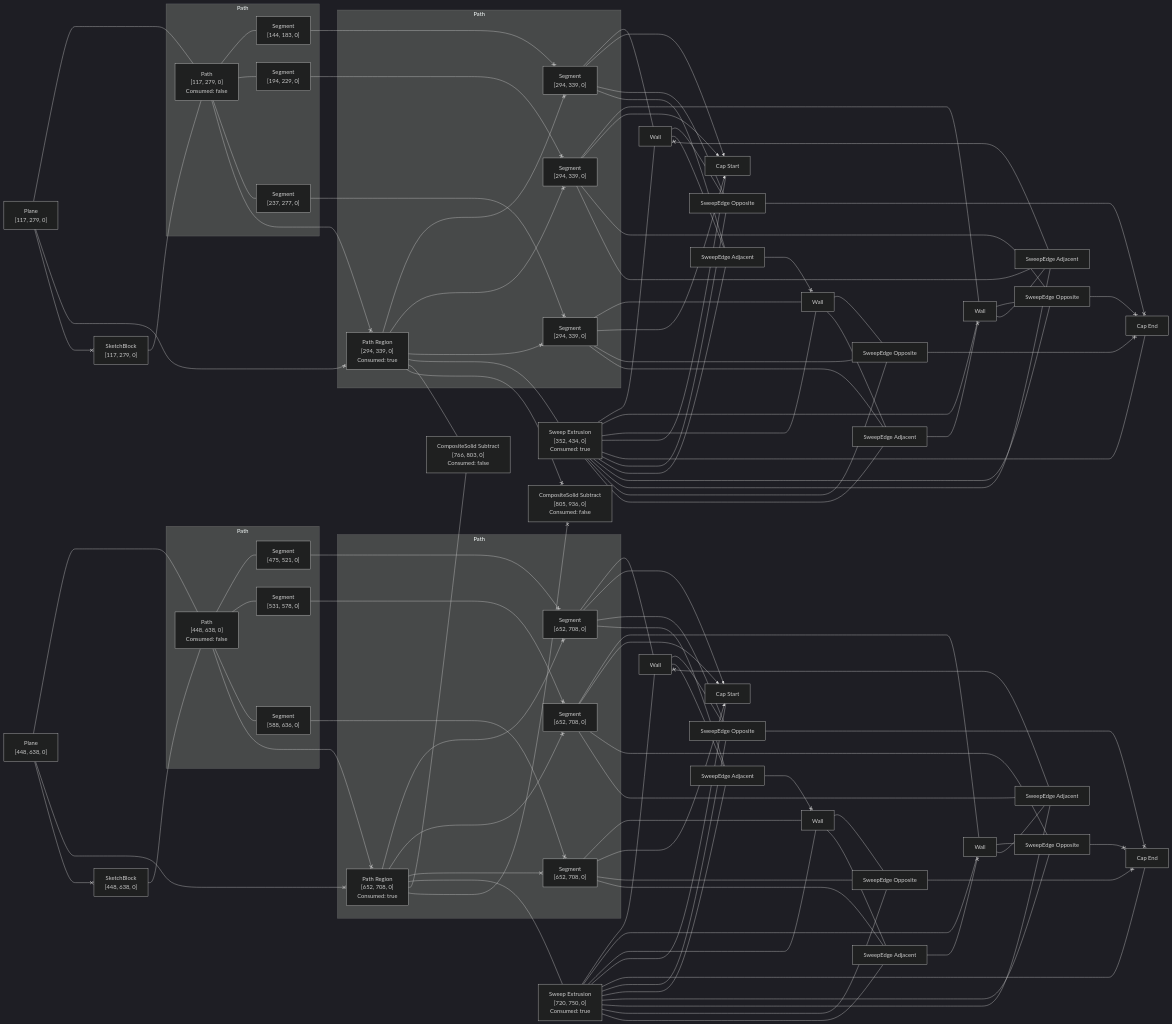
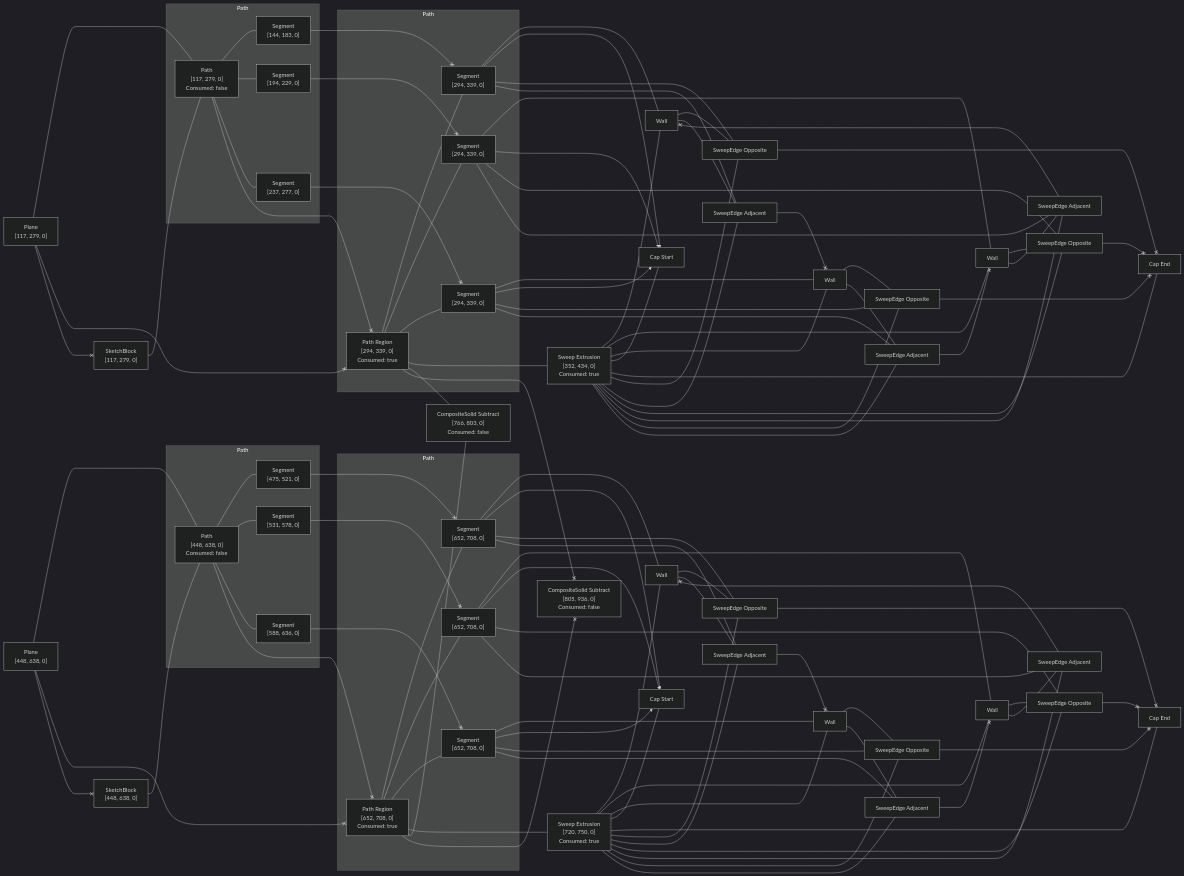
The diagram in rust/kcl-lib/tests/mirror3d_edge_specifier_after_subtract/artifact_graph_flowchart.snap.md (KittyCAD/modeling-app), drawn with Mermaid (dark theme) before and after one commit. The commit also changed 17 other files, not shown here.

```diff
--- a/rust/kcl-lib/tests/mirror3d_edge_specifier_after_subtract/artifact_graph_flowchart.snap.md
+++ b/rust/kcl-lib/tests/mirror3d_edge_specifier_after_subtract/artifact_graph_flowchart.snap.md
@@ -99,9 +99,9 @@
   3 <--x 7
   4 <--x 8
   5 <--x 9
-  6 <--x 7
-  6 <--x 8
-  6 <--x 9
+  6 --- 7
+  6 --- 8
+  6 --- 9
   6 ---- 10
   6 --- 43
   6 <--x 44
@@ -151,9 +151,9 @@
   24 <--x 28
   25 <--x 29
   26 <--x 30
-  27 <--x 28
-  27 <--x 29
-  27 <--x 30
+  27 --- 28
+  27 --- 29
+  27 --- 30
   27 ---- 31
   27 --- 43
   27 <--x 44
```
